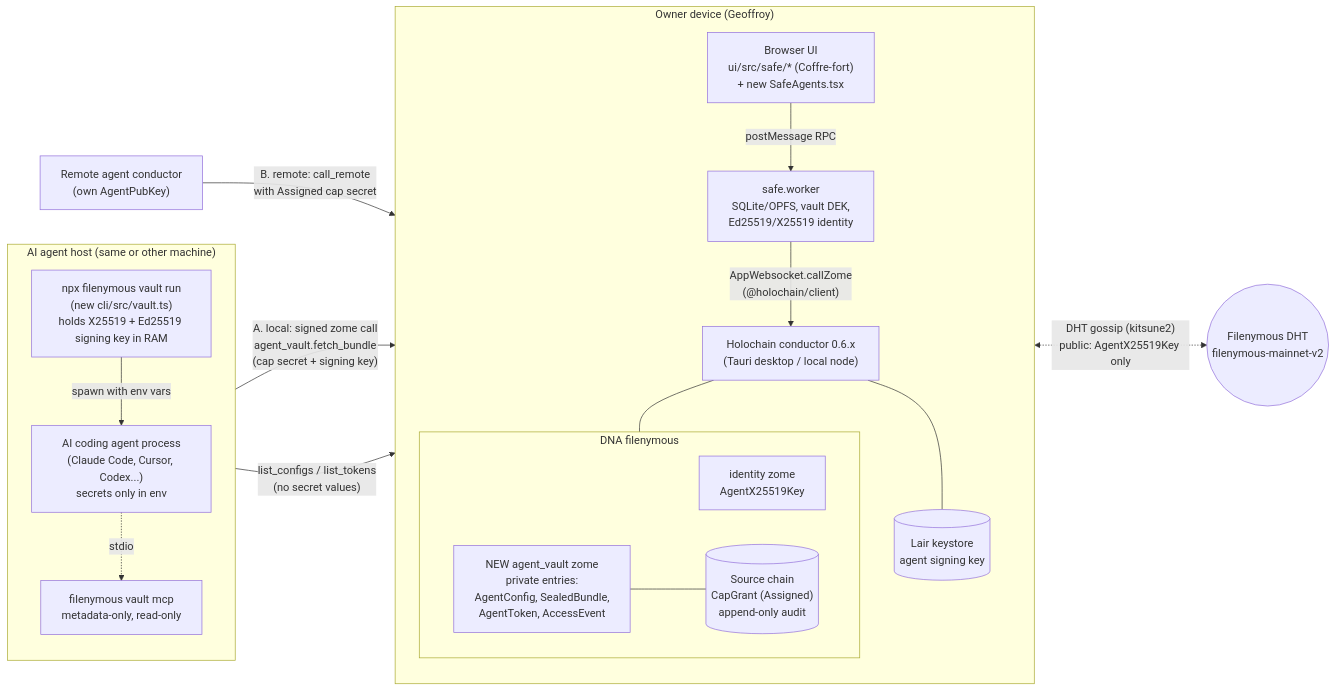
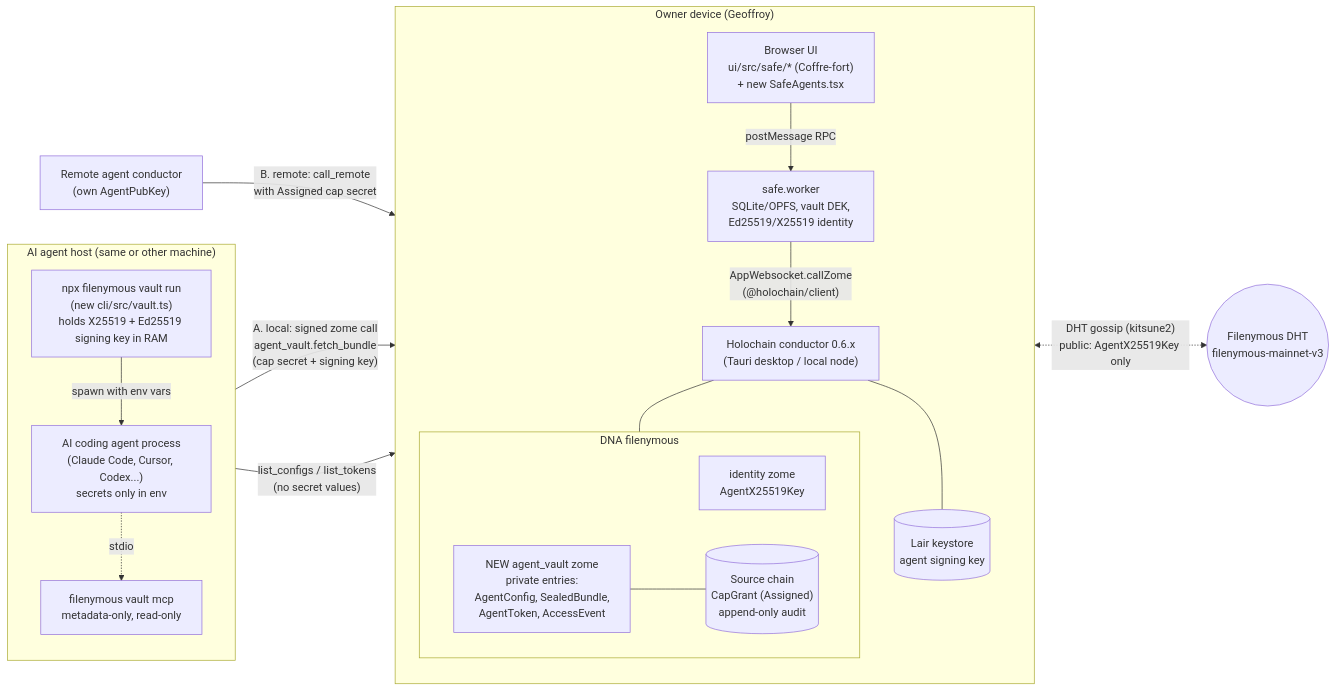
The diagram in docs/agent-vault/diagrams/01-architecture.mmd (Geoking2104/Filenymous), drawn with Mermaid before and after one commit. The commit also changed 4 other files, not shown here.

Commit message:
docs(agent-vault): refer to filenymous-mainnet-v3 after the network cutover

```diff
--- a/docs/agent-vault/diagrams/01-architecture.mmd
+++ b/docs/agent-vault/diagrams/01-architecture.mmd
@@ -1,32 +1,32 @@
 flowchart LR
   subgraph OWNER["Owner device (Geoffroy)"]
     direction TB
     UI["Browser UI<br/>ui/src/safe/* (Coffre-fort)<br/>+ new SafeAgents.tsx"]
     W["safe.worker<br/>SQLite/OPFS, vault DEK,<br/>Ed25519/X25519 identity"]
     HC["Holochain conductor 0.6.x<br/>(Tauri desktop / local node)"]
     subgraph DNA["DNA filenymous"]
       ID["identity zome<br/>AgentX25519Key"]
       AV["NEW agent_vault zome<br/>private entries:<br/>AgentConfig, SealedBundle,<br/>AgentToken, AccessEvent"]
       CAP[("Source chain<br/>CapGrant (Assigned)<br/>append-only audit")]
     end
     LAIR[("Lair keystore<br/>agent signing key")]
     UI -- postMessage RPC --> W
     W -- "AppWebsocket.callZome<br/>(@holochain/client)" --> HC
     HC --- DNA
     AV --- CAP
     HC --- LAIR
   end
 
   subgraph AGENTHOST["AI agent host (same or other machine)"]
     direction TB
     CLI["npx filenymous vault run<br/>(new cli/src/vault.ts)<br/>holds X25519 + Ed25519 signing key in RAM"]
     AGENT["AI coding agent process<br/>(Claude Code, Cursor, Codex...)<br/>secrets only in env"]
     MCP["filenymous vault mcp<br/>metadata-only, read-only"]
     CLI -- "spawn with env vars" --> AGENT
     AGENT -. stdio .-> MCP
   end
 
   CLI -- "A. local: signed zome call<br/>agent_vault.fetch_bundle<br/>(cap secret + signing key)" --> HC
   REMOTE["Remote agent conductor<br/>(own AgentPubKey)"] -- "B. remote: call_remote<br/>with Assigned cap secret" --> HC
-  HC <-. "DHT gossip (kitsune2)<br/>public: AgentX25519Key only" .-> NET(("Filenymous DHT<br/>filenymous-mainnet-v2"))
+  HC <-. "DHT gossip (kitsune2)<br/>public: AgentX25519Key only" .-> NET(("Filenymous DHT<br/>filenymous-mainnet-v3"))
   MCP -- "list_configs / list_tokens<br/>(no secret values)" --> HC
```
